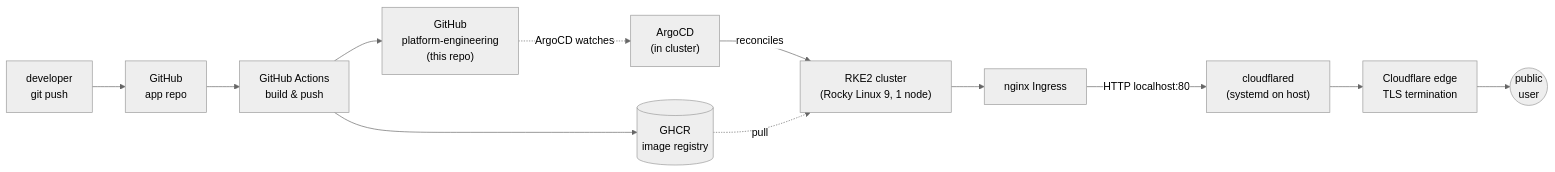
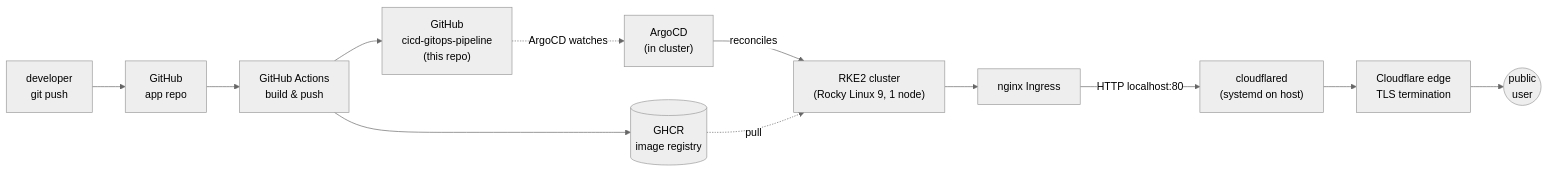
One commit to alexmchughdev/cicd-gitops-pipeline changed the diagram in README.md. Above: the diagram before and after it, drawn with Mermaid (neutral theme). The commit also changed 8 other files, not shown here.

First line of the commit message:
docs: update repo references after rename to cicd-gitops-pipeline

````diff
--- a/README.md
+++ b/README.md
@@ -15,14 +15,14 @@
 ```mermaid
 flowchart LR
   dev["developer<br/>git push"] --> appRepo["GitHub<br/>app repo"]
   appRepo --> ci["GitHub Actions<br/>build &amp; push"]
   ci --> ghcr[("GHCR<br/>image registry")]
-  ci --> manifest["GitHub<br/>platform-engineering<br/>(this repo)"]
+  ci --> manifest["GitHub<br/>cicd-gitops-pipeline<br/>(this repo)"]
   manifest -. ArgoCD watches .-> argocd["ArgoCD<br/>(in cluster)"]
   argocd -- reconciles --> rke2["RKE2 cluster<br/>(Rocky Linux 9, 1 node)"]
   ghcr -. pull .-> rke2
   rke2 --> nginx["nginx Ingress"]
   nginx -- HTTP localhost:80 --> tunnel["cloudflared<br/>(systemd on host)"]
   tunnel --> cf["Cloudflare edge<br/>TLS termination"]
   cf --> user(("public<br/>user"))
 ```
````
